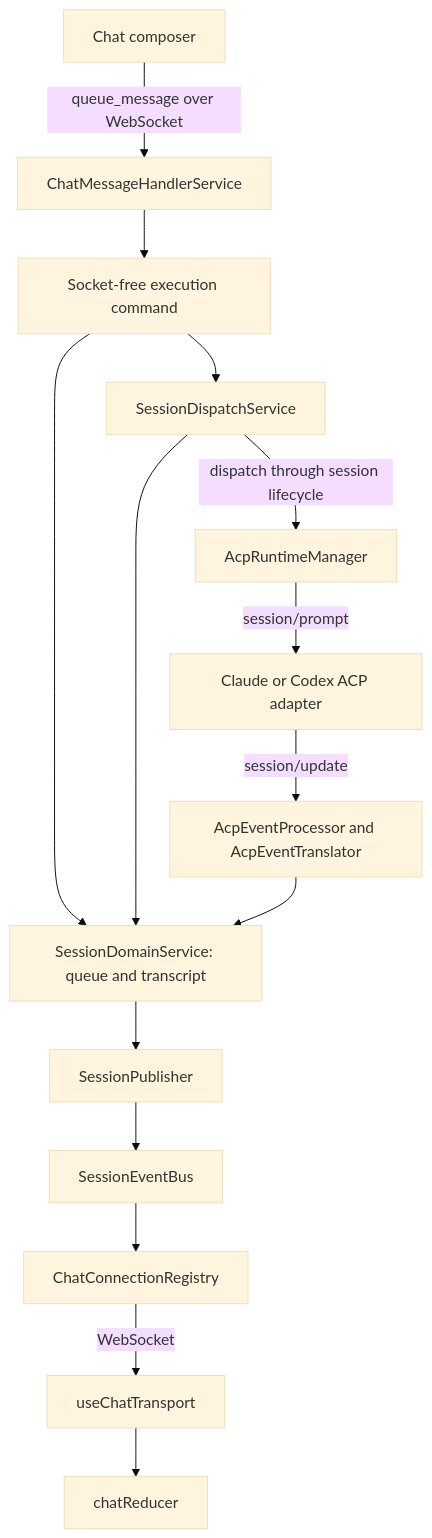
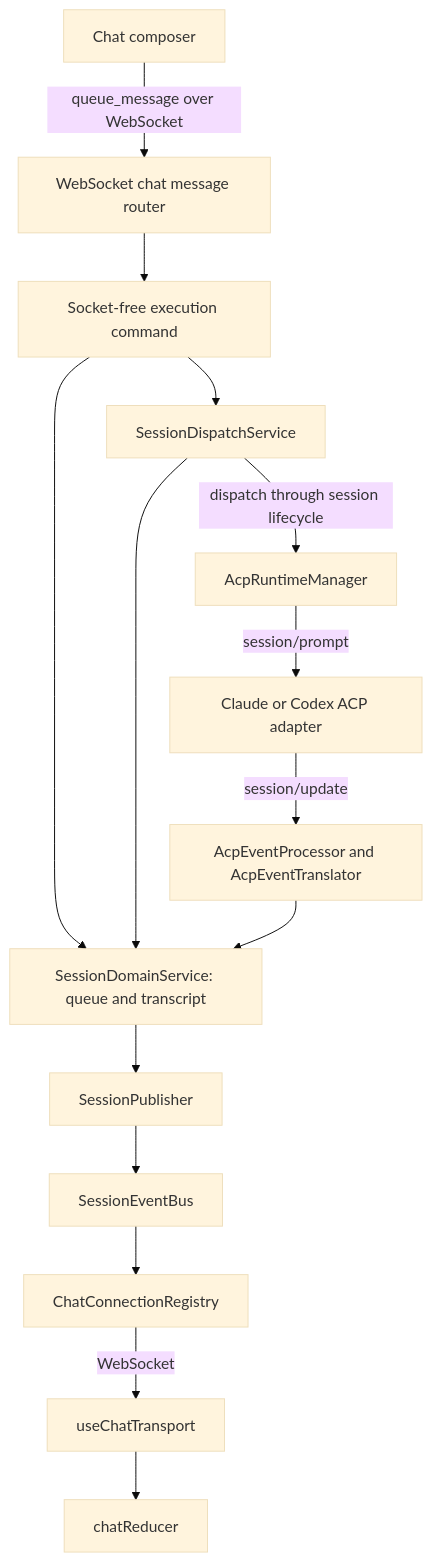
The diagram in docs/chat-message-flow.md (purplefish-ai/factory-factory), drawn with Mermaid (base theme) before and after one commit. The commit also changed other lines of this file and 48 other files, not shown here.

````diff
--- a/docs/chat-message-flow.md
+++ b/docs/chat-message-flow.md
@@ -9,17 +9,17 @@
 ```mermaid
 flowchart TD
-    UI[Chat composer] -->|queue_message over WebSocket| Handler[ChatMessageHandlerService]
+    UI[Chat composer] -->|queue_message over WebSocket| Handler[WebSocket chat message router]
     Handler --> Command[Socket-free execution command]
     Command --> Store[SessionDomainService: queue and transcript]
     Command --> Dispatcher[SessionDispatchService]
     Dispatcher --> Store
     Dispatcher -->|dispatch through session lifecycle| Runtime[AcpRuntimeManager]
     Runtime -->|session/prompt| Provider[Claude or Codex ACP adapter]
     Provider -->|session/update| Processor[AcpEventProcessor and AcpEventTranslator]
     Processor --> Store
     Store --> Publisher[SessionPublisher]
     Publisher --> Bus[SessionEventBus]
     Bus --> Registry[ChatConnectionRegistry]
     Registry -->|WebSocket| Transport[useChatTransport]
     Transport --> Reducer[chatReducer]
 ```
````
